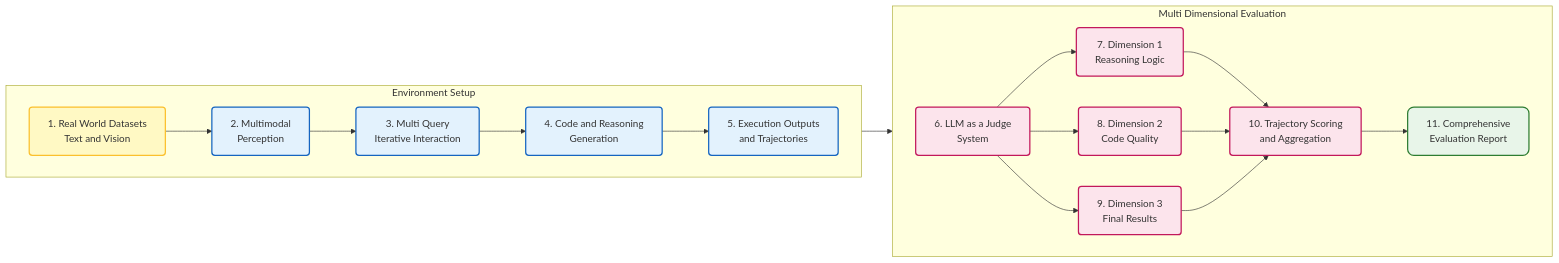
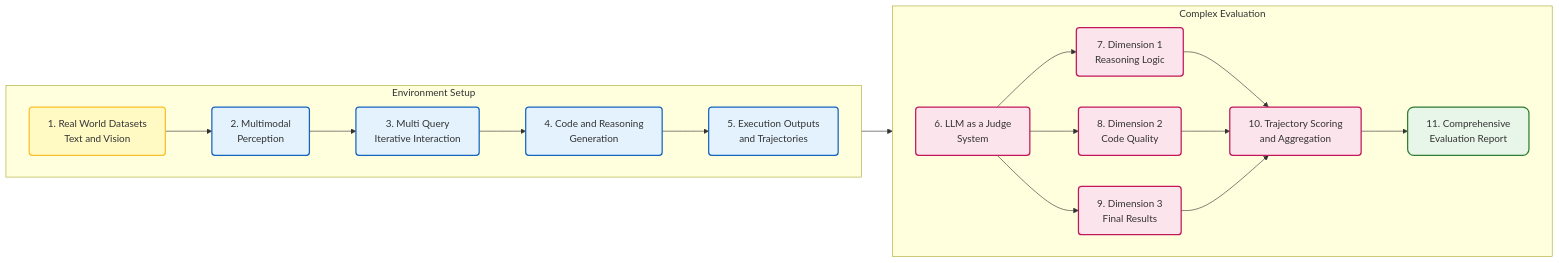
The fourth of 6 diagrams in Literature Review/brief report 3.md (hhtrocket/HHT-Benchmark-dataset), drawn with Mermaid before and after one commit.

Commit message:
Update brief report 3.md

````diff
--- a/Literature Review/brief report 3.md
+++ b/Literature Review/brief report 3.md
@@ -184,39 +184,39 @@
 ```mermaid
 graph LR
     classDef phase1 fill:#e3f2fd,stroke:#1565c0,stroke-width:2px,rx:5,ry:5;
     classDef phase2 fill:#fce4ec,stroke:#c2185b,stroke-width:2px,rx:5,ry:5;
     classDef input fill:#fff9c4,stroke:#fbc02d,stroke-width:2px,rx:5,ry:5;
     classDef report fill:#e8f5e9,stroke:#2e7d32,stroke-width:2px,rx:10,ry:10;
 
     subgraph Environment Setup
         direction LR
         N1["1. Real World Datasets<br/>Text and Vision"]:::input
         N2["2. Multimodal<br/>Perception"]:::phase1
         N3["3. Multi Query<br/>Iterative Interaction"]:::phase1
         N4["4. Code and Reasoning<br/>Generation"]:::phase1
         N5["5. Execution Outputs<br/>and Trajectories"]:::phase1
         
         N1 --> N2
         N2 --> N3
         N3 --> N4
         N4 --> N5
     end
 
-    subgraph Multi Dimensional Evaluation
+    subgraph Complex Evaluation
         direction LR
         N6["6. LLM as a Judge<br/>System"]:::phase2
         N7["7. Dimension 1<br/>Reasoning Logic"]:::phase2
         N8["8. Dimension 2<br/>Code Quality"]:::phase2
         N9["9. Dimension 3<br/>Final Results"]:::phase2
         N10["10. Trajectory Scoring<br/>and Aggregation"]:::phase2
         N11["11. Comprehensive<br/>Evaluation Report"]:::report
         
         N6 --> N7
         N6 --> N8
         N6 --> N9
         N7 & N8 & N9 --> N10
         N10 --> N11
     end
 
     N5 --> N6
 ```
````
